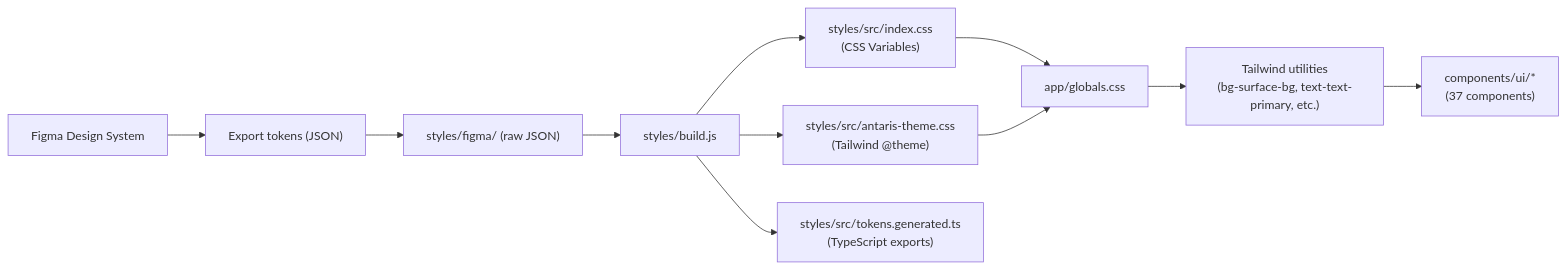
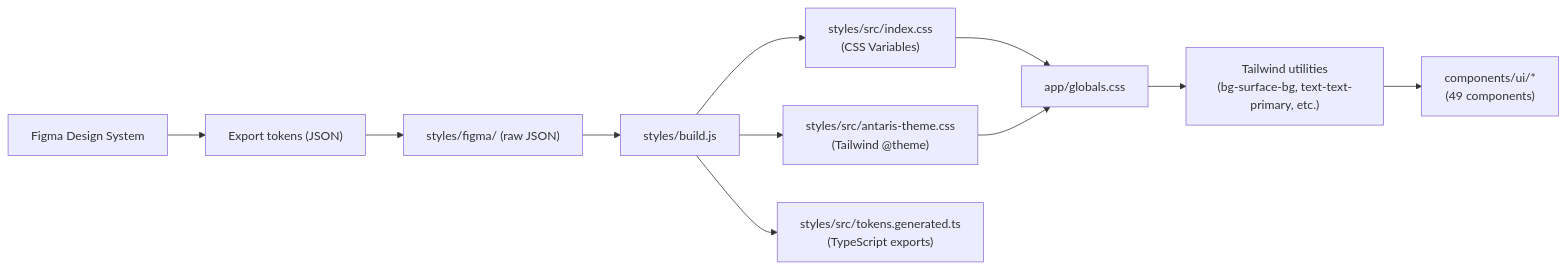
Before and after one commit to flyingheart1997/antaris-demo: the diagram in docs/features/design-system.md, drawn with Mermaid. The commit also changed other lines of this file and 36 other files, not shown here.

````diff
--- a/docs/features/design-system.md
+++ b/docs/features/design-system.md
@@ -10,13 +10,13 @@
 ```mermaid
 graph LR
     A["Figma Design System"] --> B["Export tokens (JSON)"]
     B --> C["styles/figma/ (raw JSON)"]
     C --> D["styles/build.js"]
     D --> E["styles/src/index.css<br/>(CSS Variables)"]
     D --> F["styles/src/antaris-theme.css<br/>(Tailwind @theme)"]
     D --> G["styles/src/tokens.generated.ts<br/>(TypeScript exports)"]
     E --> H["app/globals.css"]
     F --> H
     H --> I["Tailwind utilities<br/>(bg-surface-bg, text-text-primary, etc.)"]
-    I --> J["components/ui/*<br/>(37 components)"]
+    I --> J["components/ui/*<br/>(49 components)"]
 ```
````
